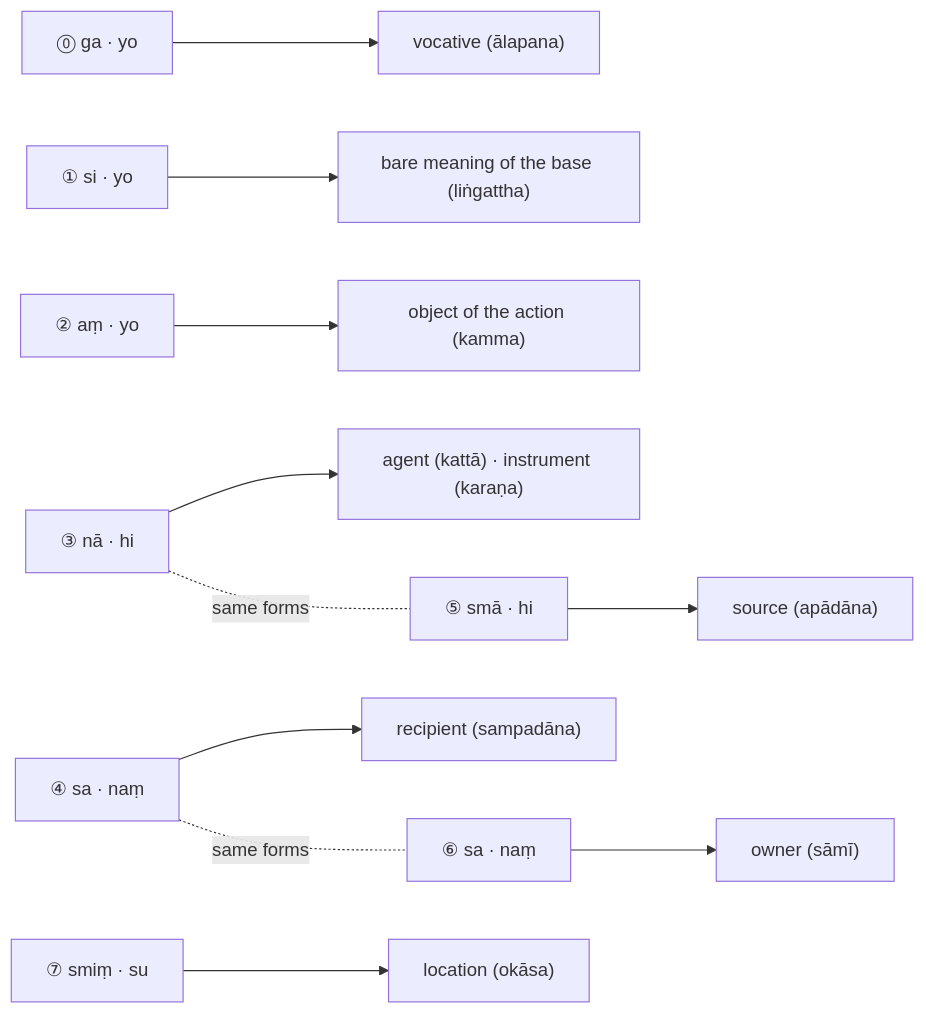
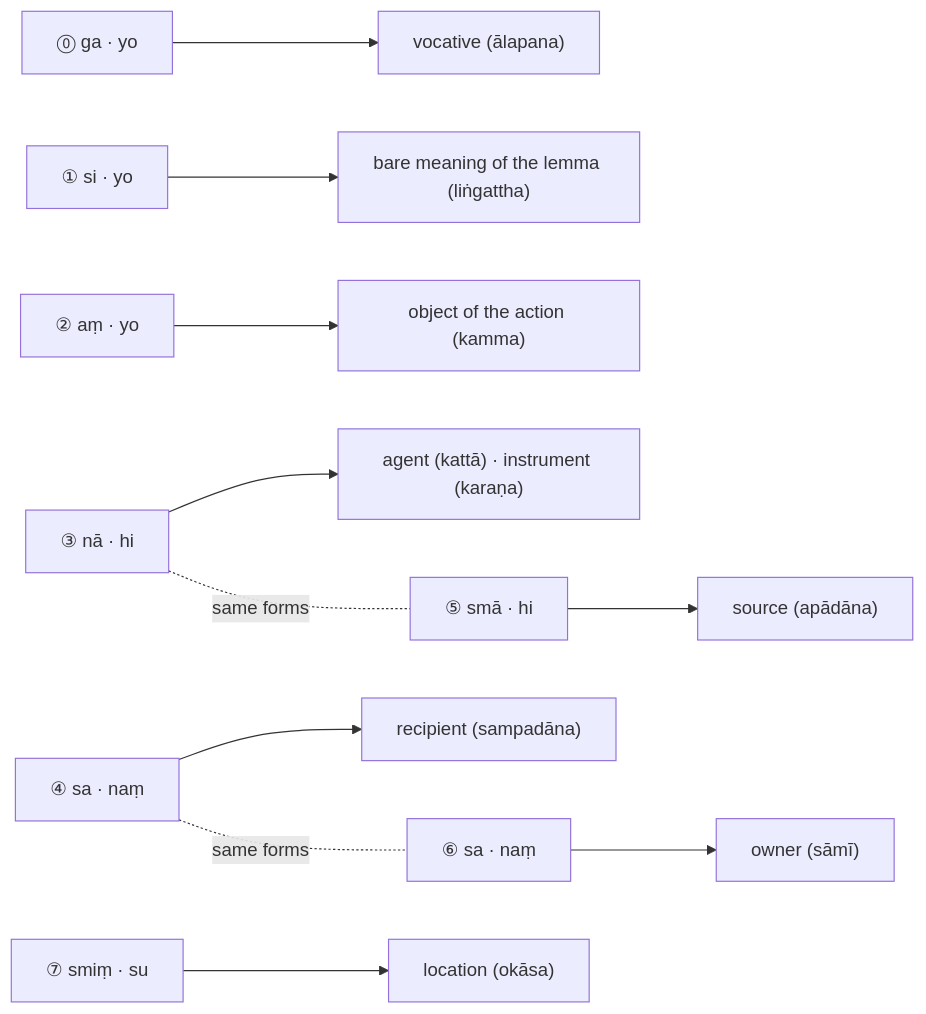
One commit to kaccayana/kaccayana.github.io changed the second of 2 diagrams in src/content/docs/balavatara/2-nama.mdx. Above: the diagram before and after it, drawn with Mermaid. The commit also changed other lines of this file and 19 other files, not shown here.

````diff
--- a/src/content/docs/balavatara/2-nama.mdx
+++ b/src/content/docs/balavatara/2-nama.mdx
@@ -548,13 +548,13 @@
 ```mermaid
 flowchart LR
   F0["⓪ ga · yo"] --> U0["vocative (ālapana)"]
-  F1["① si · yo"] --> U1["bare meaning of the base (liṅgattha)"]
+  F1["① si · yo"] --> U1["bare meaning of the lemma (liṅgattha)"]
   F2["② aṃ · yo"] --> U2["object of the action (kamma)"]
   F3["③ nā · hi"] --> U3["agent (kattā) · instrument (karaṇa)"]
   F4["④ sa · naṃ"] --> U4["recipient (sampadāna)"]
   F5["⑤ smā · hi"] --> U5["source (apādāna)"]
   F6["⑥ sa · naṃ"] --> U6["owner (sāmī)"]
   F7["⑦ smiṃ · su"] --> U7["location (okāsa)"]
   F3 -. "same forms" .- F5
   F4 -. "same forms" .- F6
 ```
````
